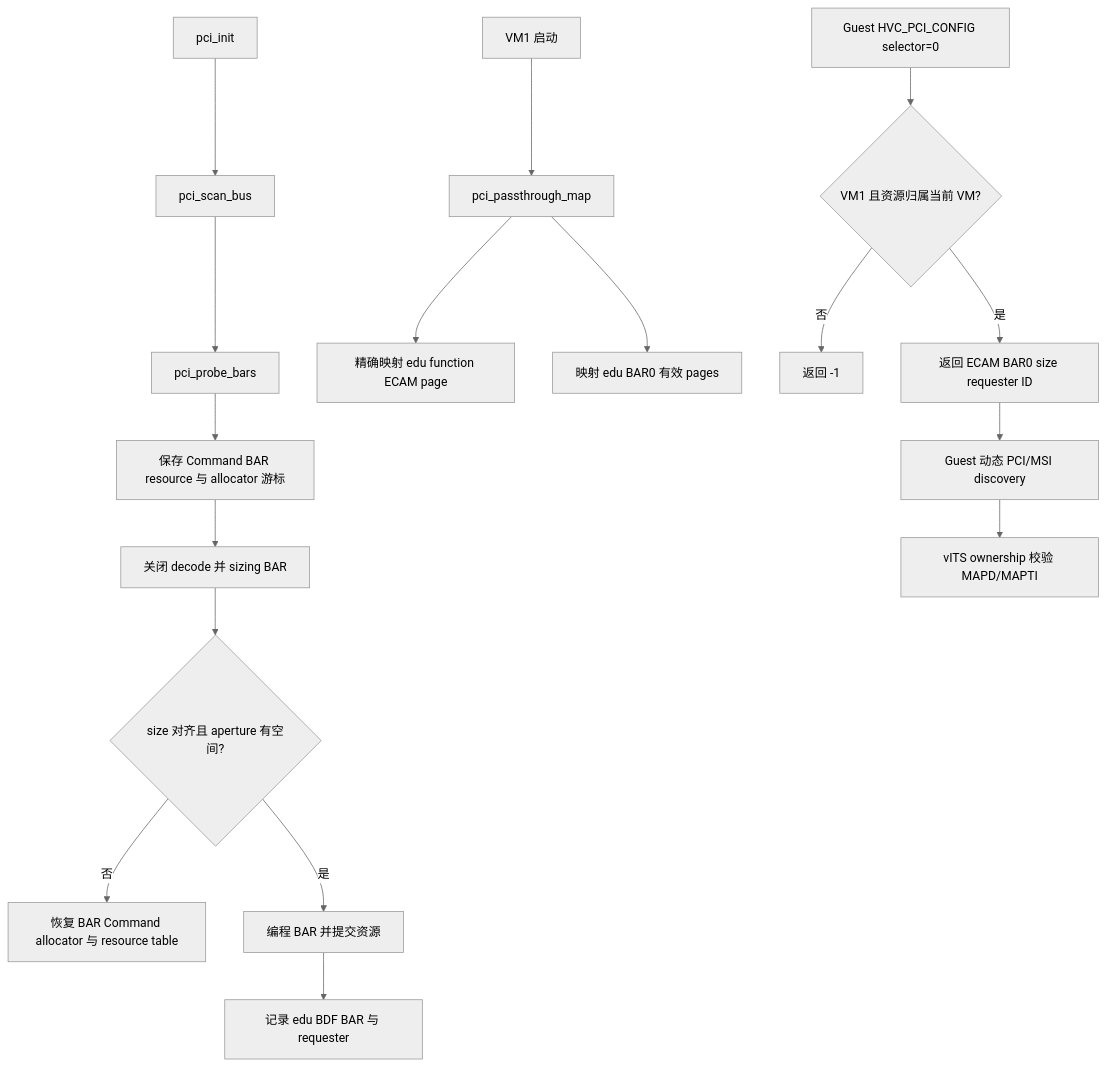
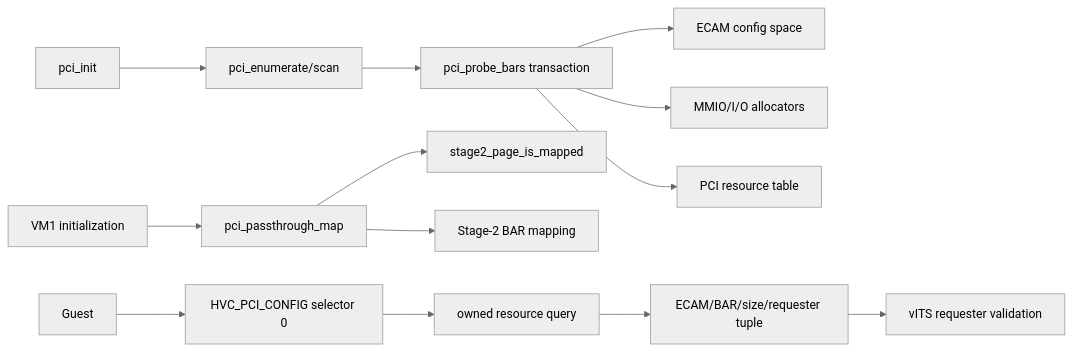
Before and after one commit to huangtan203/avisor: the first of 5 diagrams in docs/Phase109_PCI枚举与BAR直通加固_详细设计文档.md, drawn with Mermaid (neutral theme). The commit also changed other lines of this file, not shown here.

Commit message:
docs(pci): rebuild Phase 109 resource design

````diff
--- a/docs/Phase109_PCI枚举与BAR直通加固_详细设计文档.md
+++ b/docs/Phase109_PCI枚举与BAR直通加固_详细设计文档.md
@@ -15,19 +15,15 @@
 ```mermaid
-flowchart TD
-    A[pci_init] --> B[pci_scan_bus]
-    B --> C[pci_probe_bars]
-    C --> D[保存 Command BAR resource 与 allocator 游标]
-    D --> E[关闭 decode 并 sizing BAR]
-    E --> F{size 对齐且 aperture 有空间?}
-    F -->|否| G[恢复 BAR Command allocator 与 resource table]
-    F -->|是| H[编程 BAR 并提交资源]
-    H --> I[记录 edu BDF BAR 与 requester]
-    J[VM1 启动] --> K[pci_passthrough_map]
-    K --> L[精确映射 edu function ECAM page]
-    K --> M[映射 edu BAR0 有效 pages]
-    N[Guest HVC_PCI_CONFIG selector=0] --> O{VM1 且资源归属当前 VM?}
-    O -->|否| P[返回 -1]
-    O -->|是| Q[返回 ECAM BAR0 size requester ID]
-    Q --> R[Guest 动态 PCI/MSI discovery]
-    R --> S[vITS ownership 校验 MAPD/MAPTI]
+flowchart LR
+    Boot[pci_init] --> Enum[pci_enumerate/scan]
+    Enum --> Tx[pci_probe_bars transaction]
+    Tx --> Config[ECAM config space]
+    Tx --> Pool[MMIO/I/O allocators]
+    Tx --> Table[PCI resource table]
+    VMinit[VM1 initialization] --> Map[pci_passthrough_map]
+    Map --> Query[stage2_page_is_mapped]
+    Map --> S2[Stage-2 BAR mapping]
+    Guest[Guest] --> HVC[HVC_PCI_CONFIG selector 0]
+    HVC --> Owner[owned resource query]
+    Owner --> GuestInfo[ECAM/BAR/size/requester tuple]
+    GuestInfo --> VITS[vITS requester validation]
 ```
````
